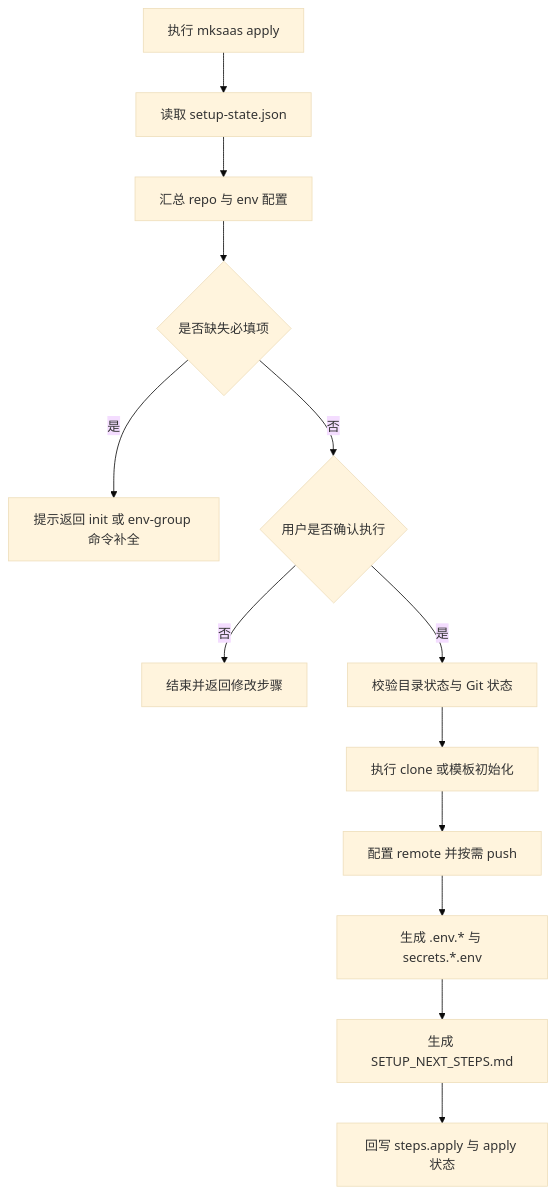
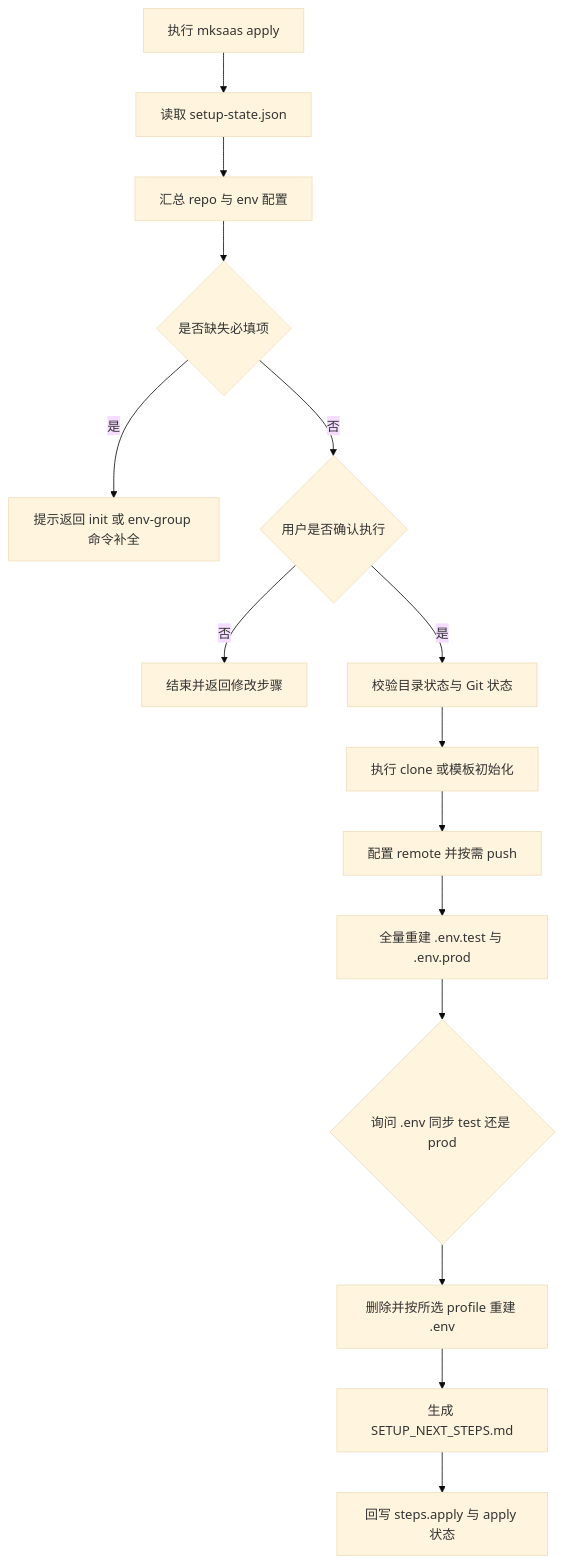
The first of 2 diagrams in docs/steps/02-apply.md (CaffeineOddity/mksaas_command), drawn with Mermaid (base theme) before and after one commit. The commit also changed other lines of this file and 20 other files, not shown here.

````diff
--- a/docs/steps/02-apply.md
+++ b/docs/steps/02-apply.md
@@ -44,15 +43,17 @@
 ```mermaid
 flowchart TD
     A[执行 mksaas apply] --> B[读取 setup-state.json]
     B --> C[汇总 repo 与 env 配置]
     C --> D{是否缺失必填项}
     D -->|是| E[提示返回 init 或 env-group 命令补全]
     D -->|否| F{用户是否确认执行}
     F -->|否| G[结束并返回修改步骤]
     F -->|是| H[校验目录状态与 Git 状态]
     H --> I[执行 clone 或模板初始化]
     I --> J[配置 remote 并按需 push]
-    J --> K[生成 .env.* 与 secrets.*.env]
-    K --> L[生成 SETUP_NEXT_STEPS.md]
-    L --> M[回写 steps.apply 与 apply 状态]
+    J --> K[全量重建 .env.test 与 .env.prod]
+    K --> L{询问 .env 同步 test 还是 prod}
+    L --> M[删除并按所选 profile 重建 .env]
+    M --> N[生成 SETUP_NEXT_STEPS.md]
+    N --> O[回写 steps.apply 与 apply 状态]
 ```
````
